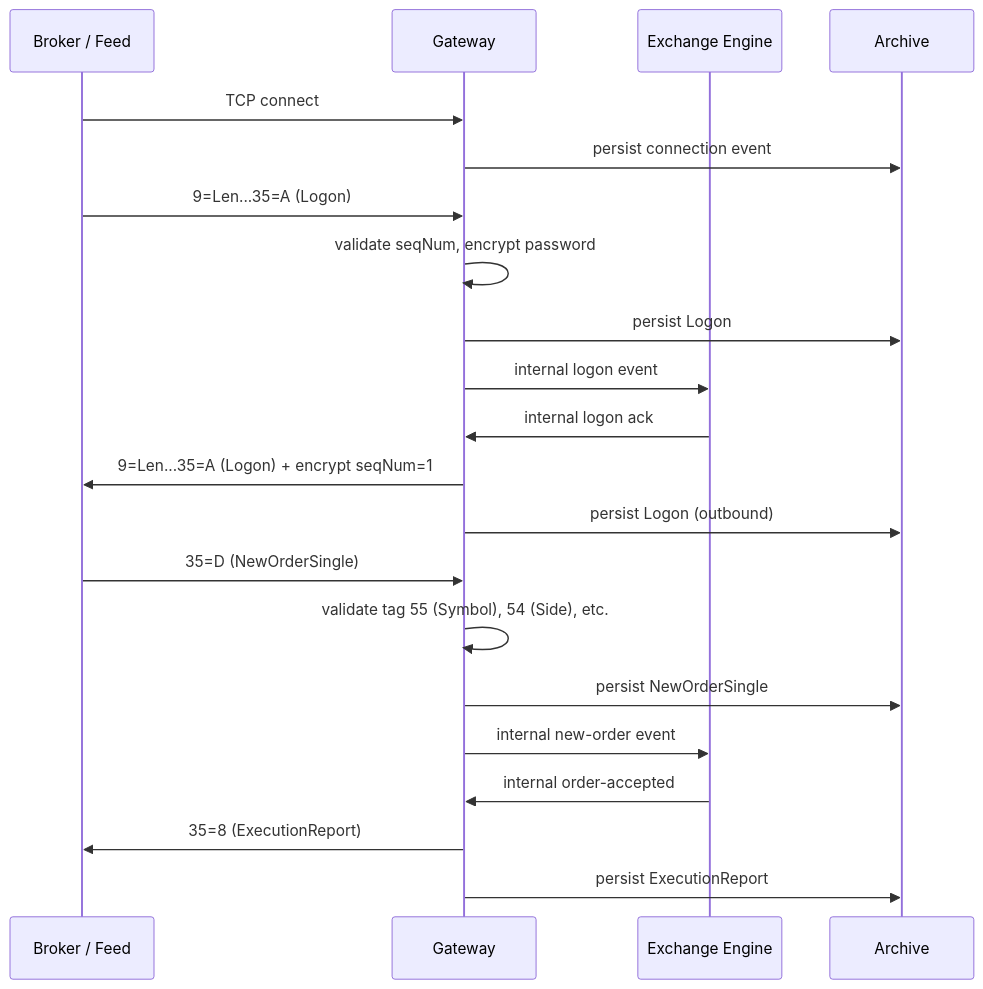
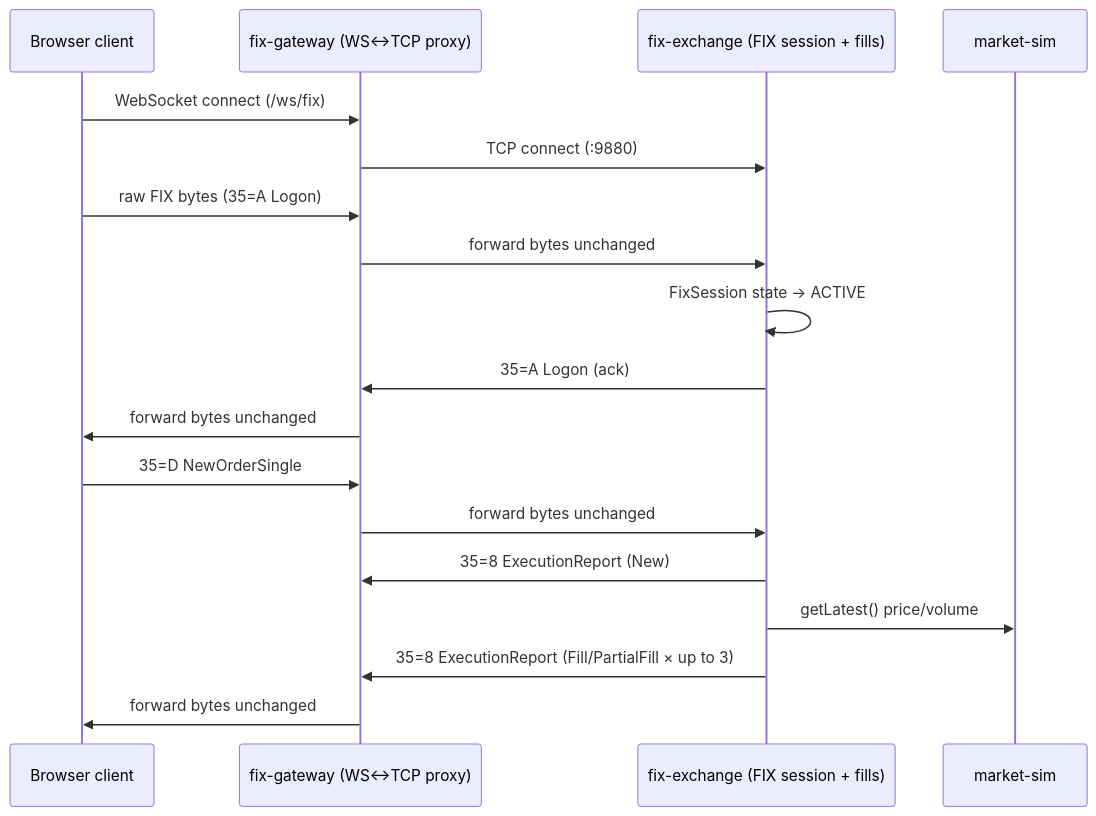
The first of 2 diagrams in docs/site/src/content/docs/platform/fix-protocol.mdx (milesburton/veta-trading-platform), drawn with Mermaid before and after one commit. The commit also changed other lines of this file and 3 other files, not shown here.

````diff
--- a/docs/site/src/content/docs/platform/fix-protocol.mdx
+++ b/docs/site/src/content/docs/platform/fix-protocol.mdx
@@ -24,25 +23,22 @@
 ```mermaid
 sequenceDiagram
-    participant B as Broker / Feed
-    participant G as Gateway
-    participant E as Exchange Engine
-    participant A as Archive
+    participant B as Browser client
+    participant GW as fix-gateway (WS↔TCP proxy)
+    participant EX as fix-exchange (FIX session + fills)
+    participant MS as market-sim
 
-    B->>G: TCP connect
-    G->>A: persist connection event
-    B->>G: 9=Len...35=A (Logon)
-    G->>G: validate seqNum, encrypt password
-    G->>A: persist Logon
-    G->>E: internal logon event
-    E->>G: internal logon ack
-    G->>B: 9=Len...35=A (Logon) + encrypt seqNum=1
-    G->>A: persist Logon (outbound)
+    B->>GW: WebSocket connect (/ws/fix)
+    GW->>EX: TCP connect (:9880)
+    B->>GW: raw FIX bytes (35=A Logon)
+    GW->>EX: forward bytes unchanged
+    EX->>EX: FixSession state → ACTIVE
+    EX->>GW: 35=A Logon (ack)
+    GW->>B: forward bytes unchanged
 
-    B->>G: 35=D (NewOrderSingle)
-    G->>G: validate tag 55 (Symbol), 54 (Side), etc.
-    G->>A: persist NewOrderSingle
-    G->>E: internal new-order event
-    E->>G: internal order-accepted
-    G->>B: 35=8 (ExecutionReport)
-    G->>A: persist ExecutionReport
+    B->>GW: 35=D NewOrderSingle
+    GW->>EX: forward bytes unchanged
+    EX->>GW: 35=8 ExecutionReport (New)
+    EX->>MS: getLatest() price/volume
+    EX->>GW: 35=8 ExecutionReport (Fill/PartialFill × up to 3)
+    GW->>B: forward bytes unchanged
 ```
````
